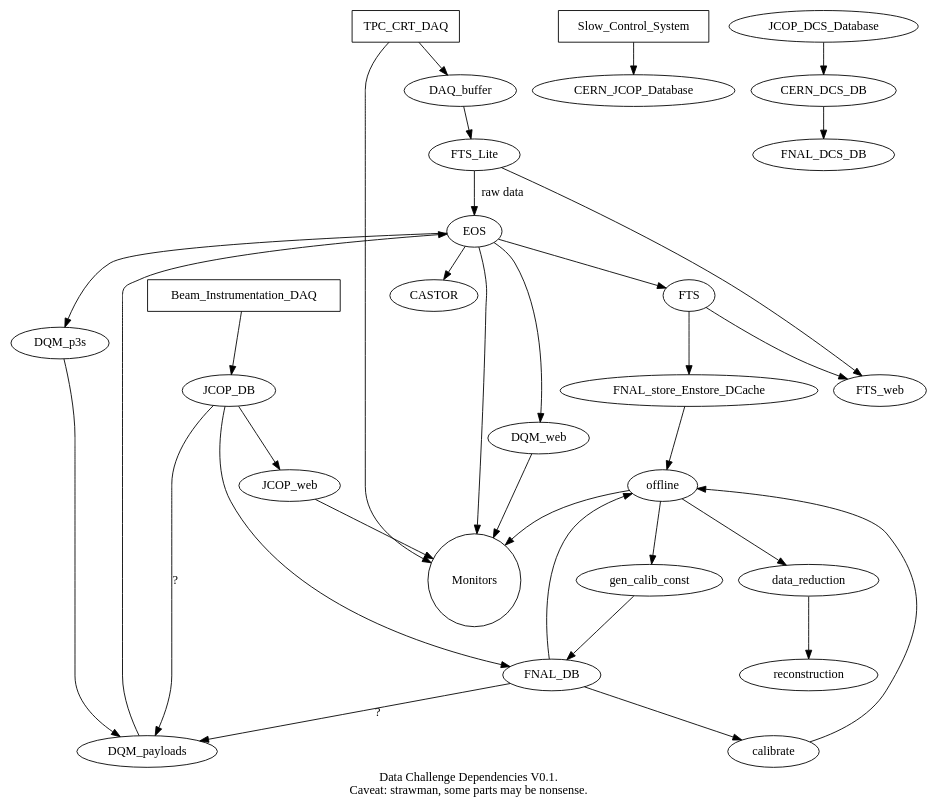
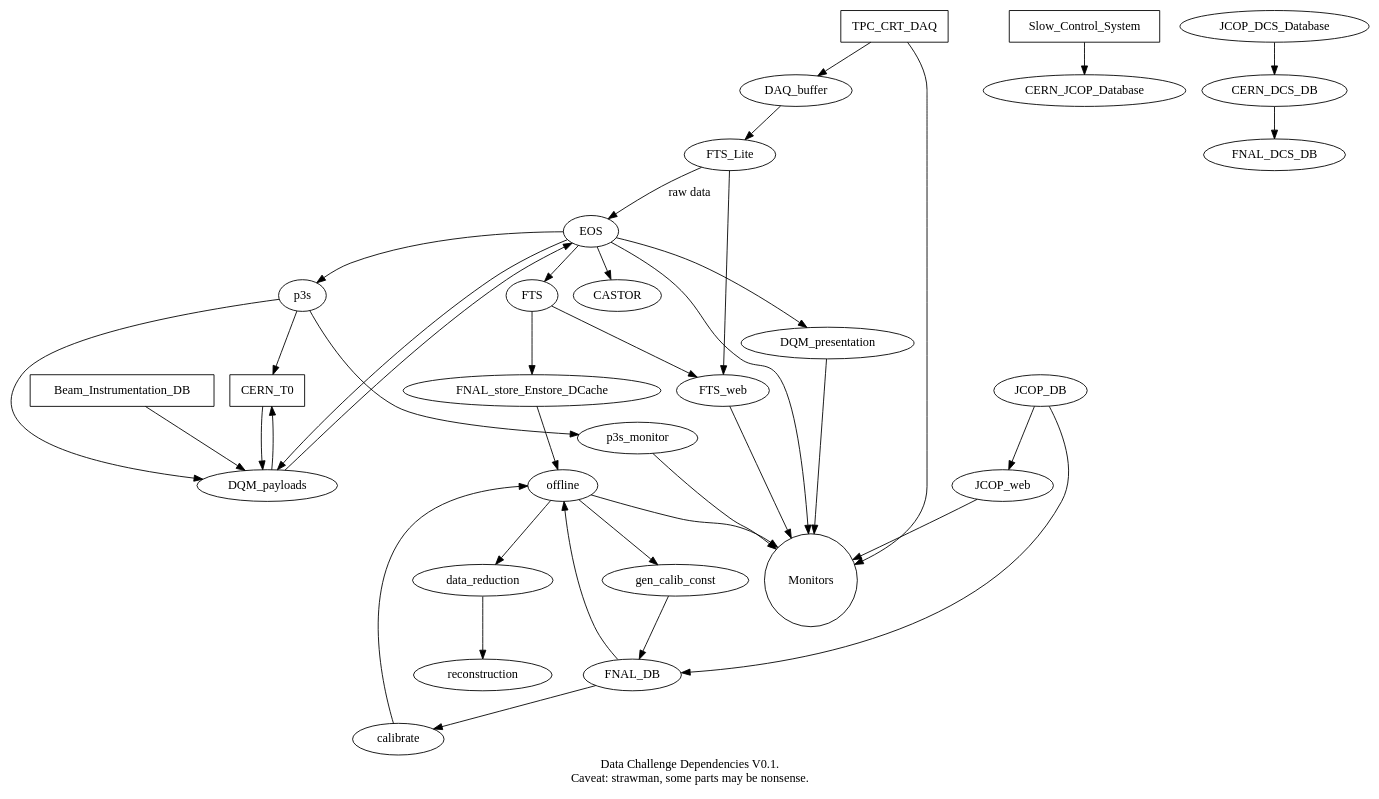
The diagram in data-challenge/integration.dot (DUNE/protodune-raw-data-mgt), drawn with Graphviz before and after one commit. The commit also changed 1 other file, not shown here.

```diff
--- a/data-challenge/integration.dot
+++ b/data-challenge/integration.dot
@@ -1,42 +1,48 @@
 digraph integration {
     label="Data Challenge Dependencies V0.1.\nCaveat: strawman, some parts may be nonsense.";
     edge [comment="Wildcard node added automatic in EG."];
     node [comment="Wildcard node added automatic in EG."];
     TPC_CRT_DAQ [shape="box"];
-    Beam_Instrumentation_DAQ [shape="box"];
+    Beam_Instrumentation_DB [shape="box"];
+    CERN_T0 [shape="box"];
     Slow_Control_System [shape=box];
     Monitors [shape="circle"];
     Slow_Control_System -> CERN_JCOP_Database;
     JCOP_DCS_Database -> CERN_DCS_DB;
     CERN_DCS_DB -> FNAL_DCS_DB;
     TPC_CRT_DAQ -> DAQ_buffer;
     TPC_CRT_DAQ -> Monitors;
     DAQ_buffer -> FTS_Lite;
     FTS_Lite -> FTS_web;
     FTS_Lite -> EOS  [label="raw data"];
-    EOS -> DQM_p3s;
-    DQM_p3s -> DQM_payloads;
+    EOS -> p3s;
+    p3s -> CERN_T0;
+    p3s -> DQM_payloads;
+    p3s -> p3s_monitor;
+    p3s_monitor->Monitors;
     DQM_payloads -> EOS;
-    EOS -> DQM_web;
+    EOS -> DQM_payloads;
+    EOS -> DQM_presentation;
     EOS -> Monitors;
-    DQM_web -> Monitors;
+    DQM_presentation -> Monitors;
     EOS -> CASTOR;
     EOS -> FTS;
     FTS -> FTS_web;
+    FTS_web -> Monitors;
     FTS -> FNAL_store_Enstore_DCache;
     FNAL_store_Enstore_DCache -> offline;
     offline -> data_reduction;
     data_reduction -> reconstruction;
-    Beam_Instrumentation_DAQ -> JCOP_DB;
+    Beam_Instrumentation_DB -> DQM_payloads;
     JCOP_DB -> JCOP_web;
     JCOP_web -> Monitors;
     JCOP_DB -> FNAL_DB;
     FNAL_DB -> offline;
-    JCOP_DB -> DQM_payloads  [label="?"];
-    FNAL_DB -> DQM_payloads  [label="?"];
+    DQM_payloads -> CERN_T0;
+    CERN_T0 -> DQM_payloads;
     offline -> gen_calib_const;
     offline -> Monitors;
     gen_calib_const -> FNAL_DB;
     FNAL_DB -> calibrate;
     calibrate -> offline;
 }
```
